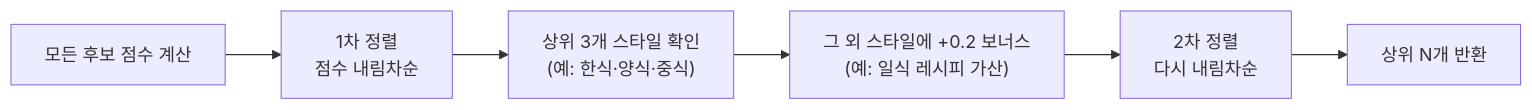
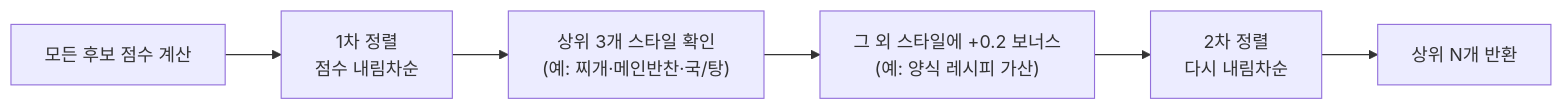
Before and after one commit to gangdonggilstudy/fridge-recipe-recommender: the diagram in docs/04_recommendation_logic.md, drawn with Mermaid. The commit also changed other lines of this file and 4 other files, not shown here.

````diff
--- a/docs/04_recommendation_logic.md
+++ b/docs/04_recommendation_logic.md
@@ -214,8 +214,8 @@
 ```mermaid
 flowchart LR
     A["모든 후보 점수 계산"] --> B["1차 정렬<br/>점수 내림차순"]
-    B --> C["상위 3개 스타일 확인<br/>(예: 한식·양식·중식)"]
-    C --> D["그 외 스타일에 +0.2 보너스<br/>(예: 일식 레시피 가산)"]
+    B --> C["상위 3개 스타일 확인<br/>(예: 찌개·메인반찬·국/탕)"]
+    C --> D["그 외 스타일에 +0.2 보너스<br/>(예: 양식 레시피 가산)"]
     D --> E["2차 정렬<br/>다시 내림차순"]
     E --> F["상위 N개 반환"]
 ```
````
